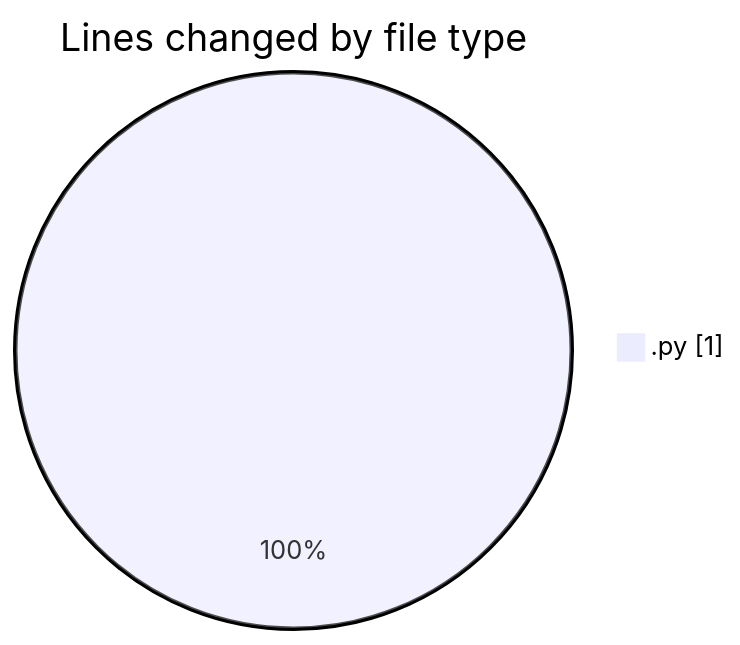
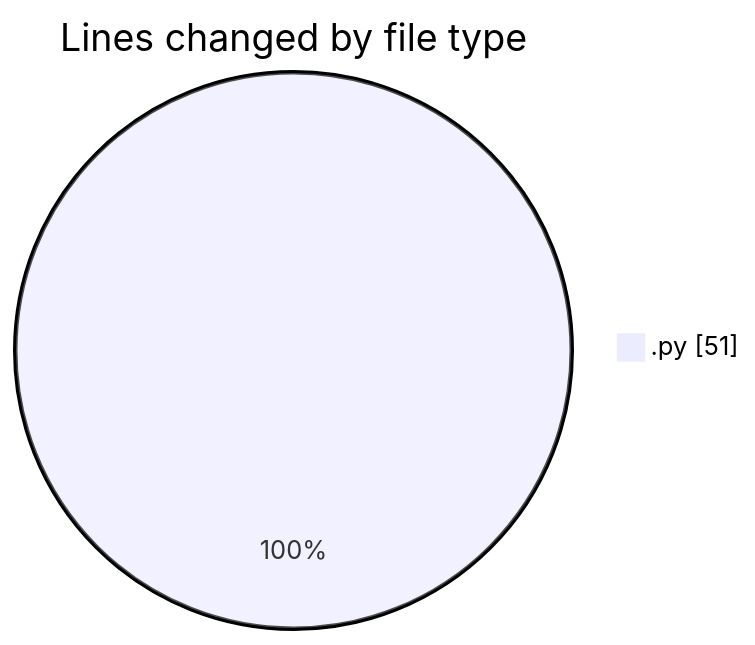
The first of 2 diagrams in 2025-03-28/synth_911data_gen/README.md (trdunsworth/code-tracking), drawn with Mermaid before and after one commit. The commit also changed other lines of this file and 1 other file, not shown here.

````diff
--- a/2025-03-28/synth_911data_gen/README.md
+++ b/2025-03-28/synth_911data_gen/README.md
@@ -20,5 +20,5 @@
 ```mermaid
 pie showData
 title Lines changed by file type
-".py" : 1
+".py" : 51
 ```
````
